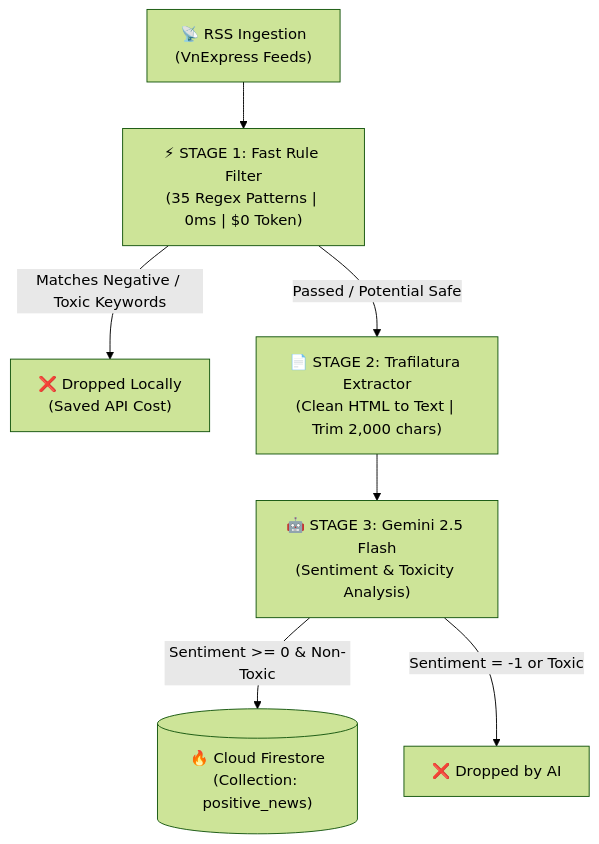
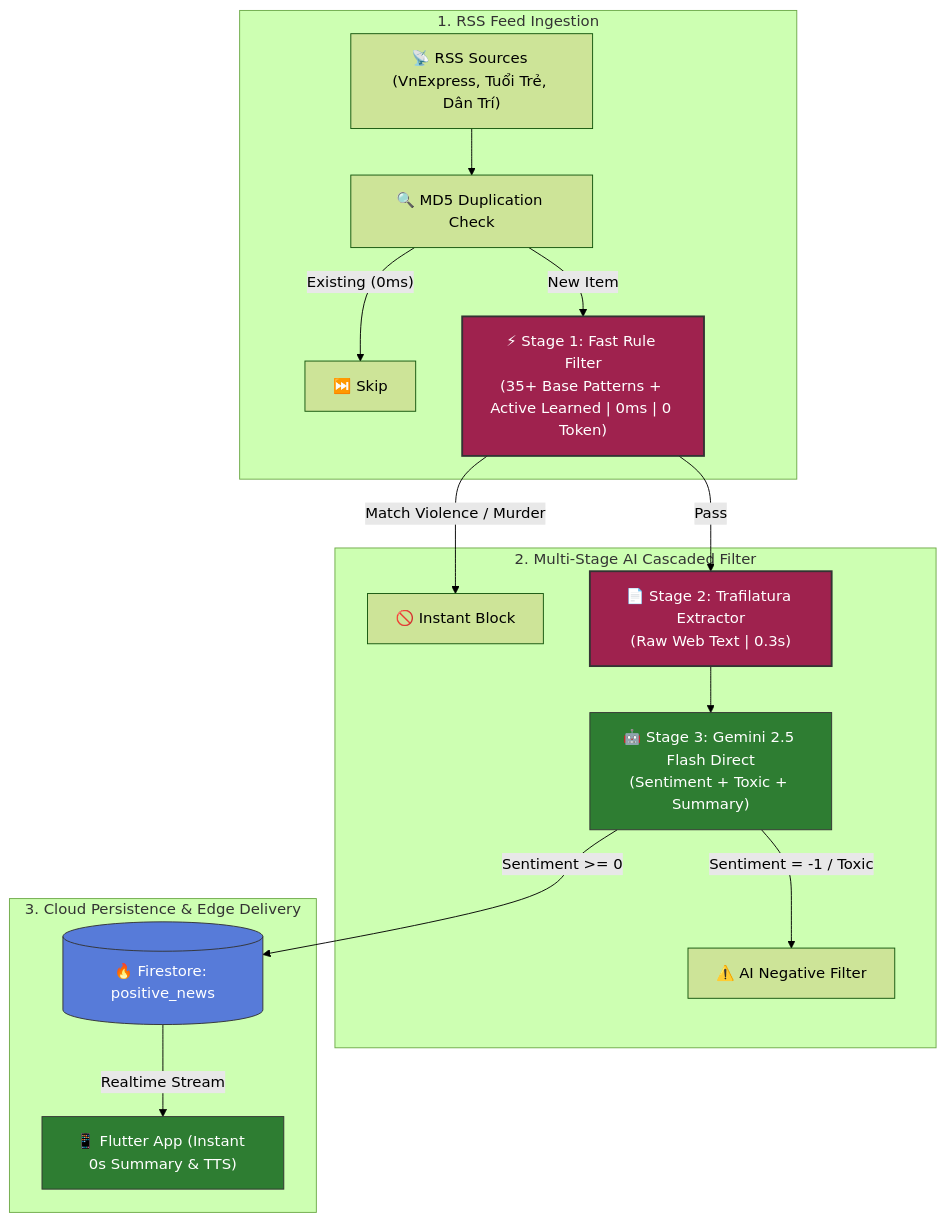
Before and after one commit to KhoaSinno/safe_news_crawlTool_RSS: the diagram in README.md, drawn with Mermaid (forest theme). The commit also changed other lines of this file and 3 other files, not shown here.

Commit message:
feat: complete Phase 2 Active Learning, multi-source RSS, and 2026 README

````diff
--- a/README.md
+++ b/README.md
@@ -60,12 +61,28 @@
 ```mermaid
-graph TD
-    RSS["📡 RSS Ingestion\n(VnExpress Feeds)"] --> S1["⚡ STAGE 1: Fast Rule Filter\n(35 Regex Patterns | 0ms | $0 Token)"]
-    
-    S1 -->|Matches Negative / Toxic Keywords| DROP1["❌ Dropped Locally\n(Saved API Cost)"]
-    S1 -->|Passed / Potential Safe| S2["📄 STAGE 2: Trafilatura Extractor\n(Clean HTML to Text | Trim 2,000 chars)"]
-    
-    S2 --> S3["🤖 STAGE 3: Gemini 2.5 Flash\n(Sentiment & Toxicity Analysis)"]
-    
-    S3 -->|Sentiment >= 0 & Non-Toxic| DB[("🔥 Cloud Firestore\n(Collection: positive_news)")]
-    S3 -->|Sentiment = -1 or Toxic| DROP2["❌ Dropped by AI"]
+flowchart TD
+    subgraph INGESTION["1. RSS Feed Ingestion"]
+        RSS["📡 RSS Sources (VnExpress, Tuổi Trẻ, Dân Trí)"] --> HASH["🔍 MD5 Duplication Check"]
+        HASH -->|"Existing (0ms)"| SKIP["⏭️ Skip"]
+        HASH -->|"New Item"| STAGE1
+    end
+
+    subgraph PIPELINE["2. Multi-Stage AI Cascaded Filter"]
+        STAGE1["⚡ Stage 1: Fast Rule Filter\n(35+ Base Patterns + Active Learned | 0ms | 0 Token)"]
+        STAGE1 -->|"Match Violence / Murder"| DROP1["🚫 Instant Block"]
+        STAGE1 -->|"Pass"| STAGE2["📄 Stage 2: Trafilatura Extractor\n(Raw Web Text | 0.3s)"]
+        STAGE2 --> STAGE3["🤖 Stage 3: Gemini 2.5 Flash Direct\n(Sentiment + Toxic + Summary)"]
+        STAGE3 -->|"Sentiment = -1 / Toxic"| DROP2["⚠️ AI Negative Filter"]
+    end
+
+    subgraph STORAGE["3. Cloud Persistence & Edge Delivery"]
+        STAGE3 -->|"Sentiment >= 0"| FIREBASE[("🔥 Firestore: positive_news")]
+        FIREBASE -->|"Realtime Stream"| FLUTTER["📱 Flutter App (Instant 0s Summary & TTS)"]
+    end
+
+    classDef primary fill:#9F224E,stroke:#333,stroke-width:2px,color:#fff;
+    classDef secondary fill:#577BD9,stroke:#333,stroke-width:1px,color:#fff;
+    classDef success fill:#2E7D32,stroke:#333,stroke-width:1px,color:#fff;
+    class STAGE1,STAGE2,STAGE3 primary;
+    class FIREBASE secondary;
+    class FLUTTER,STAGE3 success;
 ```
````
